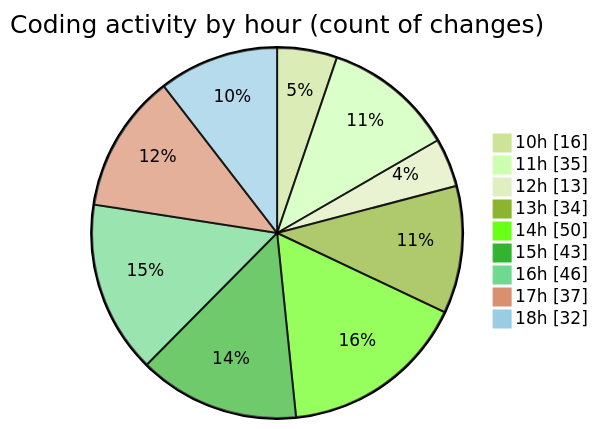
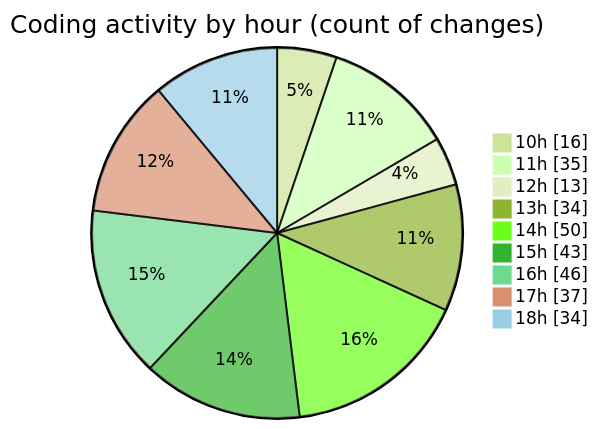
One commit to charlie-sans/code-tracking changed the second of 2 diagrams in 2025-02-20/micros/README.md. Above: the diagram before and after it, drawn with Mermaid (forest theme). The commit also changed other lines of this file and 1 other file, not shown here.

````diff
--- a/2025-02-20/micros/README.md
+++ b/2025-02-20/micros/README.md
@@ -81,13 +83,13 @@
 ```mermaid
 pie showData
 title Coding activity by hour (count of changes)
 "10h" : 16
 "11h" : 35
 "12h" : 13
 "13h" : 34
 "14h" : 50
 "15h" : 43
 "16h" : 46
 "17h" : 37
-"18h" : 32
+"18h" : 34
 ```
````
